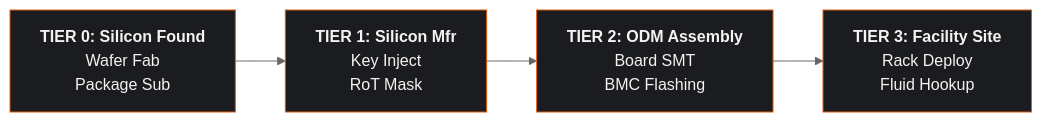
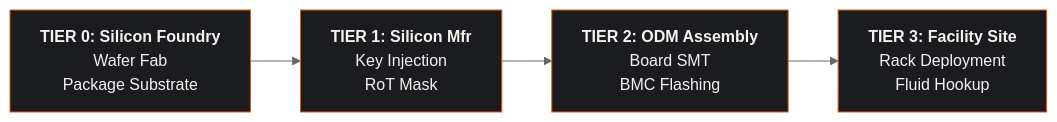
Before and after one commit to Planet9V/eigenia: the first of 3 diagrams in references/WG-05-CAD-DEXPI-2/WG-05-CAD-Supply-Chain-EU-CRA.md, drawn with Mermaid (neutral theme). The commit also changed 2 other files, not shown here.

Commit message:
fix(WG-05-CAD): restore words the ASCII box width had cut
"TIER 0: Silicon Found" was "Silicon Foundry" truncated to fit a 15-character
column. Section 2.1 of the same paper names the tier "Silicon Foundry and
Packaging", so the full word is the paper's own, not an edit.

Two more mid-word cuts in the same diagram, from the same constraint:
"Package Sub" is Package Substrate and "Rack Deploy" is Rack Deployment.
"Key Inject" is Key Injection, which section 2.1 states as "factory key
injection". Fixing only the one word would have left obvious siblings broken
directly beneath it.

Established abbreviations are left alone, because they are terms rather than
truncations: Mfr, SMT, ODM, BMC, RoT.

Nothing else in the labels changed. The mermaid conversion deliberately
carried these across as written rather than correcting them silently; this
is that correction, made on its own and visible in one diff.

Compiler resynced, byte-identical over three runs. 7 audits pass with a live
server, tsc exit 0.

Claude-Session: https://claude.ai/code/session_016MefkRsfMoTwSg8GiWHf2G

````diff
--- a/references/WG-05-CAD-DEXPI-2/WG-05-CAD-Supply-Chain-EU-CRA.md
+++ b/references/WG-05-CAD-DEXPI-2/WG-05-CAD-Supply-Chain-EU-CRA.md
@@ -63,18 +63,18 @@
 ```mermaid
 flowchart LR
     accTitle: The four-tier silicon to facility supply chain
     accDescr {
       Four tiers in sequence. Tier 0 is the silicon foundry, covering wafer
       fabrication and package substrate. Tier 1 is the silicon manufacturer,
       covering key injection and the root-of-trust mask. Tier 2 is ODM
       assembly, covering board surface-mount and BMC flashing. Tier 3 is the
       facility site, covering rack deployment and fluid hookup.
     }
-    T0["<b>TIER 0: Silicon Found</b><br/>Wafer Fab<br/>Package Sub"]
-    T1["<b>TIER 1: Silicon Mfr</b><br/>Key Inject<br/>RoT Mask"]
+    T0["<b>TIER 0: Silicon Foundry</b><br/>Wafer Fab<br/>Package Substrate"]
+    T1["<b>TIER 1: Silicon Mfr</b><br/>Key Injection<br/>RoT Mask"]
     T2["<b>TIER 2: ODM Assembly</b><br/>Board SMT<br/>BMC Flashing"]
-    T3["<b>TIER 3: Facility Site</b><br/>Rack Deploy<br/>Fluid Hookup"]
+    T3["<b>TIER 3: Facility Site</b><br/>Rack Deployment<br/>Fluid Hookup"]
     T0 --> T1 --> T2 --> T3
     classDef tier fill:#1a1c1f,stroke:#E05A10,stroke-width:1px,color:#f5f3f0;
     class T0,T1,T2,T3 tier;
 ```
````
